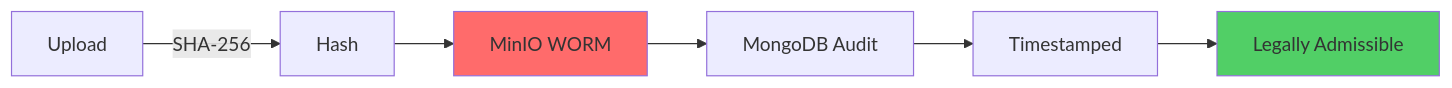
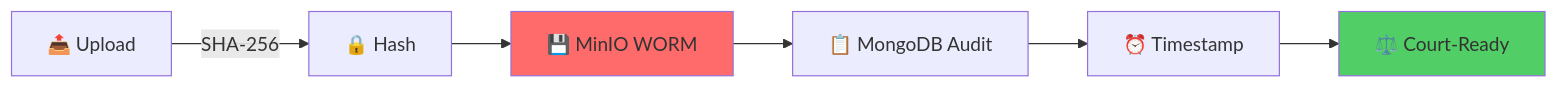
Before and after one commit to muskan-khushi/VeritasStream: the first of 2 diagrams in README.md, drawn with Mermaid. The commit also changed other lines of this file, not shown here.

````diff
--- a/README.md
+++ b/README.md
@@ -119,11 +201,11 @@
 ```mermaid
 graph LR
-    A[Upload] -->|SHA-256| B[Hash]
-    B --> C[MinIO WORM]
-    C --> D[MongoDB Audit]
-    D --> E[Timestamped]
-    E --> F[Legally Admissible]
+    A[📤 Upload] -->|SHA-256| B[🔒 Hash]
+    B --> C[💾 MinIO WORM]
+    C --> D[📋 MongoDB Audit]
+    D --> E[⏰ Timestamp]
+    E --> F[⚖️ Court-Ready]
     
     style C fill:#ff6b6b
     style F fill:#51cf66
 ```
````
